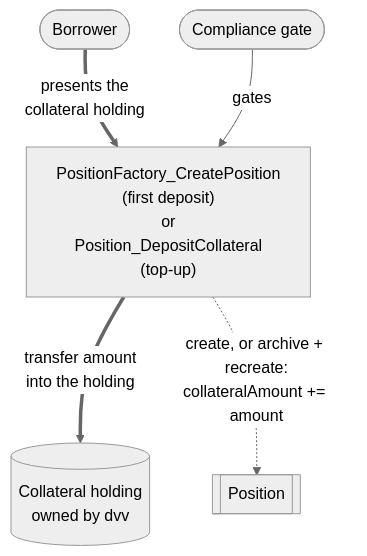
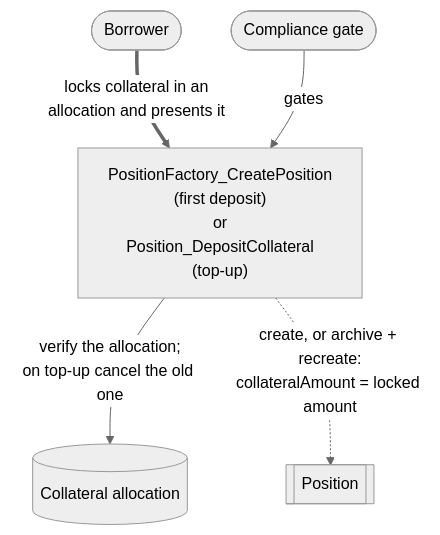
Before and after one commit to OpenZeppelin/canton-specs: the third of 9 diagrams in docs/reference-architectures/lending.md, drawn with Mermaid (neutral theme). The commit also changed other lines of this file, not shown here.

````diff
--- a/docs/reference-architectures/lending.md
+++ b/docs/reference-architectures/lending.md
@@ -348,13 +342,13 @@
 ```mermaid
 flowchart TD
     Borrower([Borrower])
     Compliance(["Compliance gate"])
     Choice["PositionFactory_CreatePosition<br/>(first deposit)<br/>or<br/>Position_DepositCollateral<br/>(top-up)"]
     Position[["Position"]]
-    Collateral[("Collateral holding<br/>owned by dvv")]
+    Collateral[("Collateral allocation")]
 
-    Borrower ==>|"presents the<br/>collateral holding"| Choice
+    Borrower ==>|"locks collateral in an<br/>allocation and presents it"| Choice
     Compliance -->|"gates"| Choice
-    Choice ==>|"transfer amount<br/>into the holding"| Collateral
-    Choice -.->|"create, or archive + recreate:<br/>collateralAmount += amount"| Position
+    Choice -->|"verify the allocation;<br/>on top-up cancel the old one"| Collateral
+    Choice -.->|"create, or archive + recreate:<br/>collateralAmount = locked amount"| Position
 ```
````
